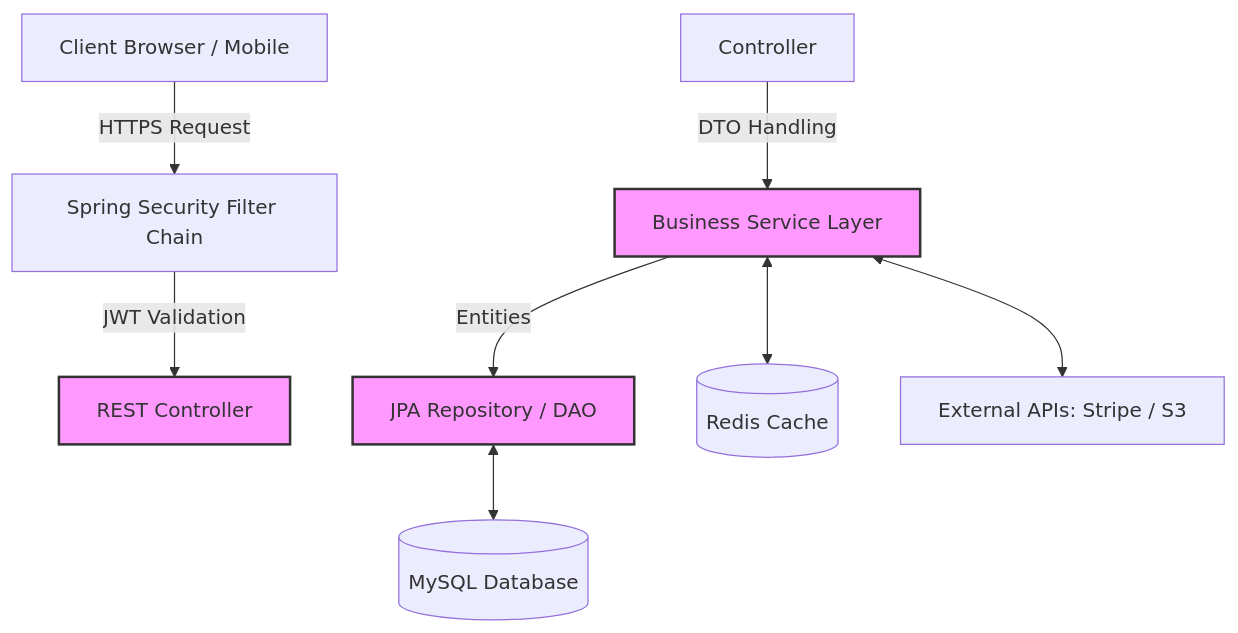
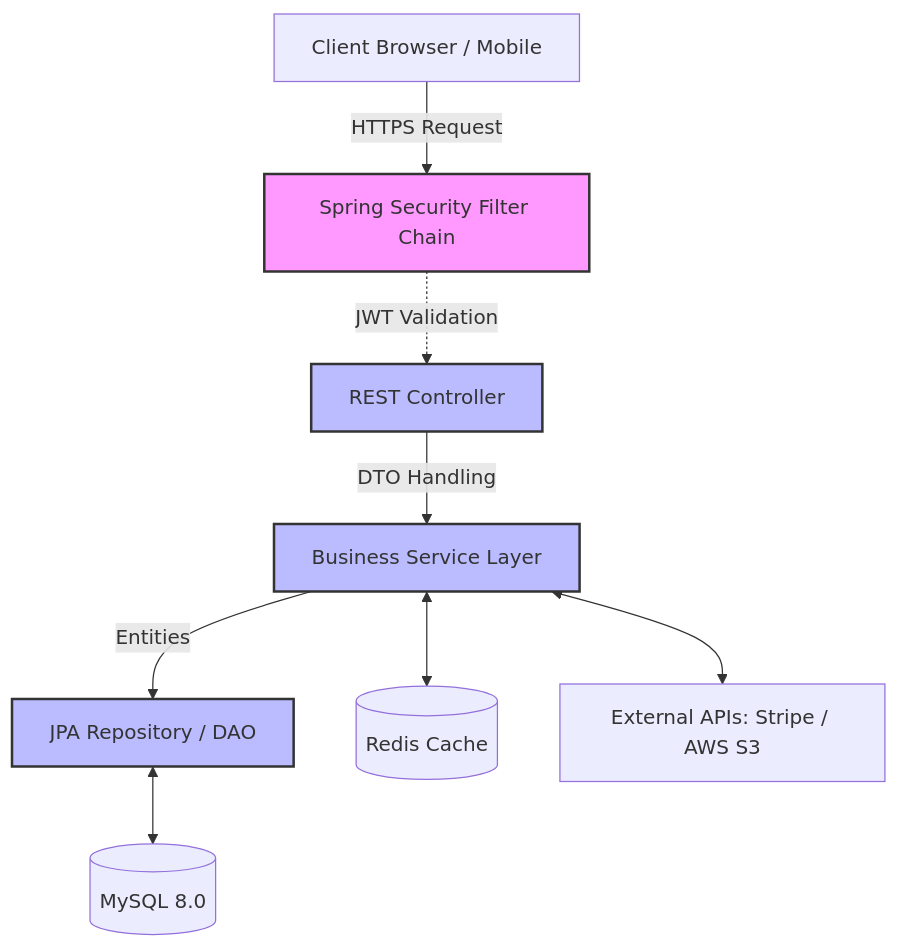
Before and after one commit to johnmak101-ops/Fsse2510ProjectBackend: the diagram in README.md, drawn with Mermaid. The commit also changed other lines of this file, not shown here.

````diff
--- a/README.md
+++ b/README.md
@@ -57,14 +56,16 @@
 ```mermaid
 graph TD;
     Client[Client Browser / Mobile] -->|HTTPS Request| Sec[Spring Security Filter Chain];
-    Sec -->|JWT Validation| Ctrl[REST Controller];
-    Controller -->|DTO Handling| Service[Business Service Layer];
+    Sec -.->|JWT Validation| Ctrl[REST Controller];
+    Ctrl -->|DTO Handling| Service[Business Service Layer];
     Service -->|Entities| Repo[JPA Repository / DAO];
-    Repo <--> DB[(MySQL Database)];
+    Repo <--> DB[(MySQL 8.0)];
     Service <--> Cache[(Redis Cache)];
-    Service <--> API[External APIs: Stripe / S3];
+    Service <--> API[External APIs: Stripe / AWS S3];
     
     %% Styling
-    classDef layer fill:#f9f,stroke:#333,stroke-width:2px;
-    class Ctrl,Service,Repo layer;
+    classDef auth fill:#f9f,stroke:#333,stroke-width:2px;
+    classDef core fill:#bbf,stroke:#333,stroke-width:2px;
+    class Sec auth;
+    class Ctrl,Service,Repo core;
 ```
````
